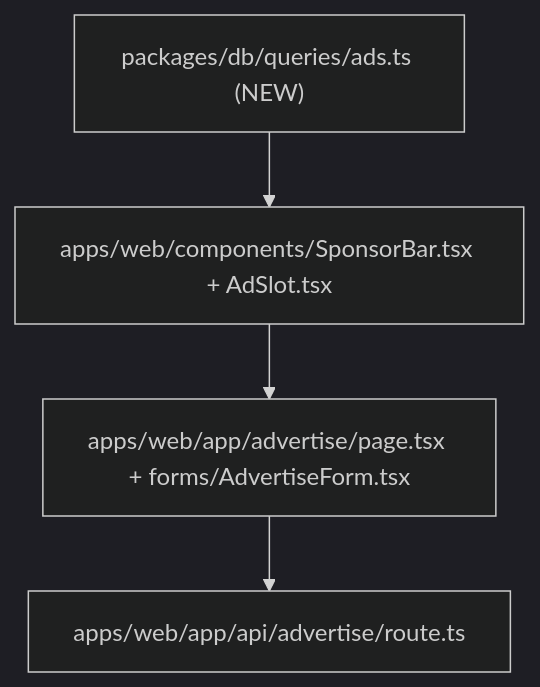
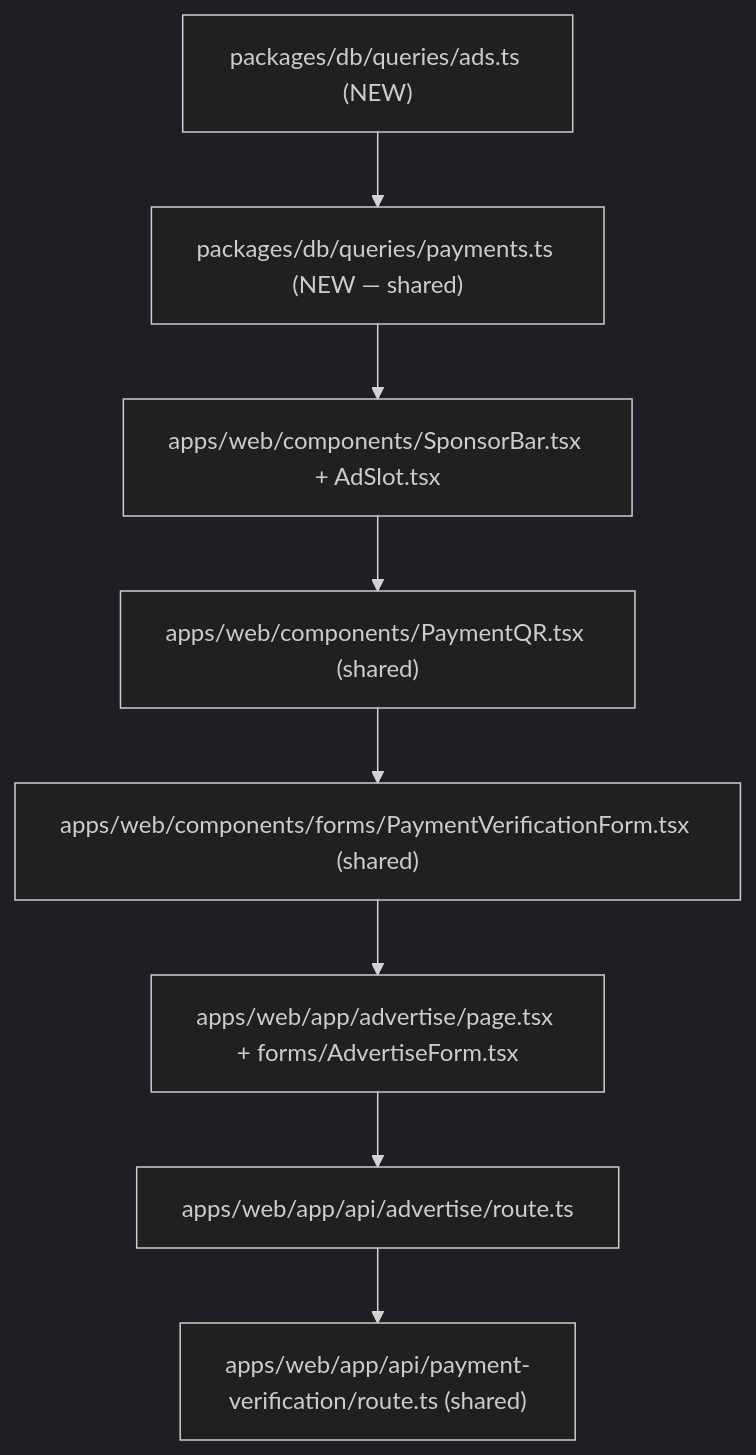
The fifth of 11 diagrams in BUILD_PLAN.md (Pa04rth/startup_atlas), drawn with Mermaid (dark theme) before and after one commit. The commit also changed other lines of this file and 75 other files, not shown here.

````diff
--- a/BUILD_PLAN.md
+++ b/BUILD_PLAN.md
@@ -442,6 +712,10 @@
 ```mermaid
 flowchart TD
-    A["packages/db/queries/ads.ts (NEW)"] --> B["apps/web/components/SponsorBar.tsx + AdSlot.tsx"]
-    B --> C["apps/web/app/advertise/page.tsx + forms/AdvertiseForm.tsx"]
-    C --> D["apps/web/app/api/advertise/route.ts"]
+    A["packages/db/queries/ads.ts (NEW)"] --> B["packages/db/queries/payments.ts (NEW — shared)"]
+    B --> C["apps/web/components/SponsorBar.tsx + AdSlot.tsx"]
+    C --> D["apps/web/components/PaymentQR.tsx (shared)"]
+    D --> E["apps/web/components/forms/PaymentVerificationForm.tsx (shared)"]
+    E --> F["apps/web/app/advertise/page.tsx + forms/AdvertiseForm.tsx"]
+    F --> G["apps/web/app/api/advertise/route.ts"]
+    G --> H["apps/web/app/api/payment-verification/route.ts (shared)"]
 ```
````
